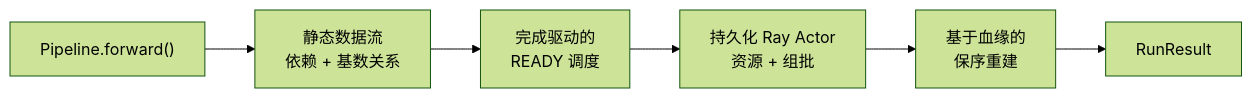
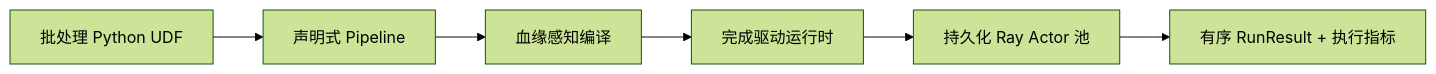
Before and after one commit to OpenDCAI/RayOrch: the second of 4 diagrams in README-zh.md, drawn with Mermaid (forest theme). The commit also changed other lines of this file and 1 other file, not shown here.

````diff
--- a/README-zh.md
+++ b/README-zh.md
@@ -35,8 +98,8 @@
 ```mermaid
 flowchart LR
-    Pipeline["Pipeline.forward()"] --> Graph["静态数据流<br/>依赖 + 基数关系"]
-    Graph --> Ready["完成驱动的<br/>READY 调度"]
-    Ready --> Actors["持久化 Ray Actor<br/>资源 + 组批"]
-    Actors --> Lineage["基于血缘的<br/>保序重建"]
-    Lineage --> Result["RunResult"]
+    UDF["批处理 Python UDF"] --> Pipeline["声明式 Pipeline"]
+    Pipeline --> Compile["血缘感知编译"]
+    Compile --> Runtime["完成驱动运行时"]
+    Runtime --> Actors["持久化 Ray Actor 池"]
+    Actors --> Result["有序 RunResult + 执行指标"]
 ```
````
